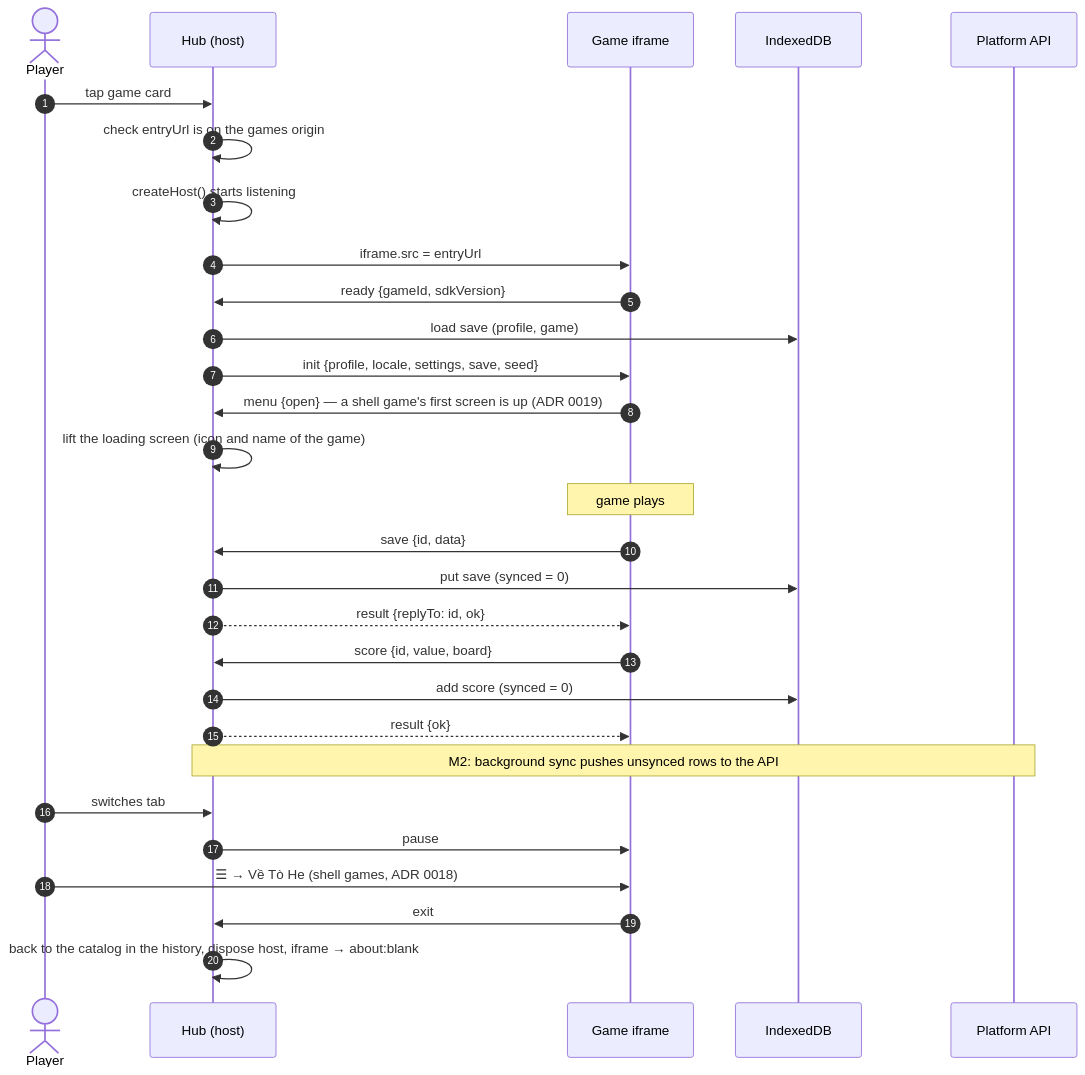
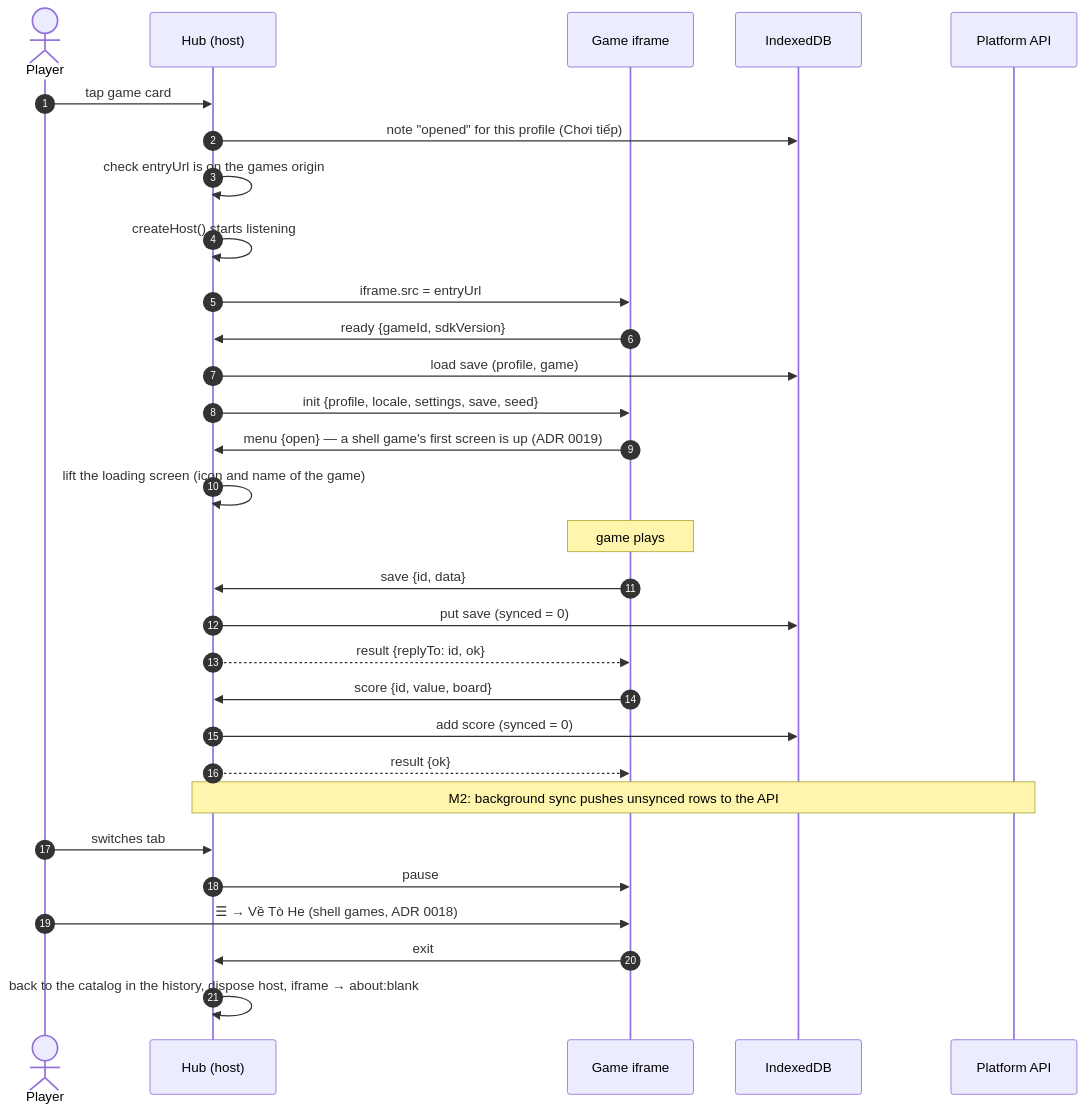
The diagram in docs/architecture/game-launch-flow.md (vinh466/tohe-play), drawn with Mermaid before and after one commit. The commit also changed other lines of this file and 47 other files, not shown here.

````diff
--- a/docs/architecture/game-launch-flow.md
+++ b/docs/architecture/game-launch-flow.md
@@ -8,32 +8,33 @@
 ```mermaid
 sequenceDiagram
   autonumber
   actor P as Player
   participant H as Hub (host)
   participant G as Game iframe
   participant L as IndexedDB
   participant A as Platform API
 
   P->>H: tap game card
+  H->>L: note "opened" for this profile (Chơi tiếp)
   H->>H: check entryUrl is on the games origin
   H->>H: createHost() starts listening
   H->>G: iframe.src = entryUrl
   G->>H: ready {gameId, sdkVersion}
   H->>L: load save (profile, game)
   H->>G: init {profile, locale, settings, save, seed}
   G->>H: menu {open} — a shell game's first screen is up (ADR 0019)
   H->>H: lift the loading screen (icon and name of the game)
   Note over G: game plays
   G->>H: save {id, data}
   H->>L: put save (synced = 0)
   H-->>G: result {replyTo: id, ok}
   G->>H: score {id, value, board}
   H->>L: add score (synced = 0)
   H-->>G: result {ok}
   Note over H,A: M2: background sync pushes unsynced rows to the API
   P->>H: switches tab
   H->>G: pause
   P->>G: ☰ → Về Tò He (shell games, ADR 0018)
   G->>H: exit
   H->>H: back to the catalog in the history, dispose host, iframe → about:blank
 ```
````
